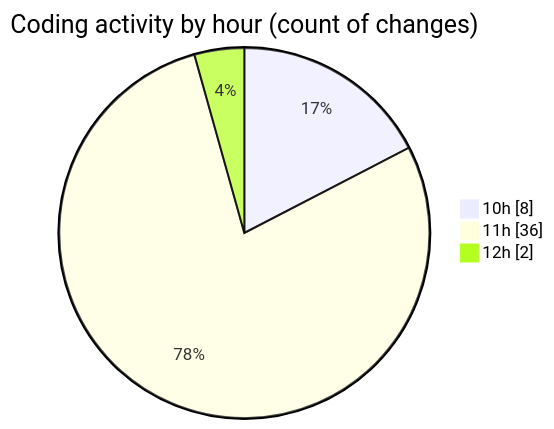
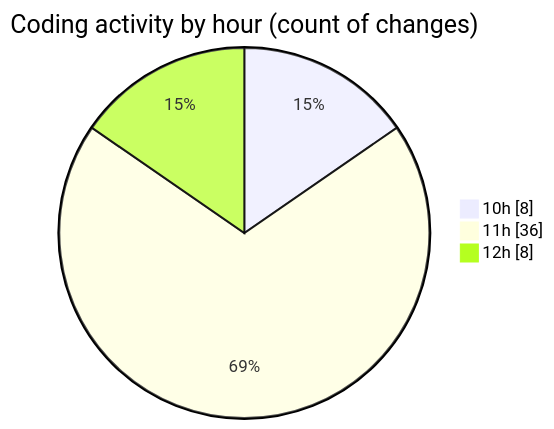
The second of 2 diagrams in 2025-05-16/python_app_deploy/README.md (CELIANVF/code-tracking), drawn with Mermaid before and after one commit. The commit also changed other lines of this file and 1 other file, not shown here.

````diff
--- a/2025-05-16/python_app_deploy/README.md
+++ b/2025-05-16/python_app_deploy/README.md
@@ -41,7 +41,7 @@
 ```mermaid
 pie showData
 title Coding activity by hour (count of changes)
 "10h" : 8
 "11h" : 36
-"12h" : 2
+"12h" : 8
 ```
````
